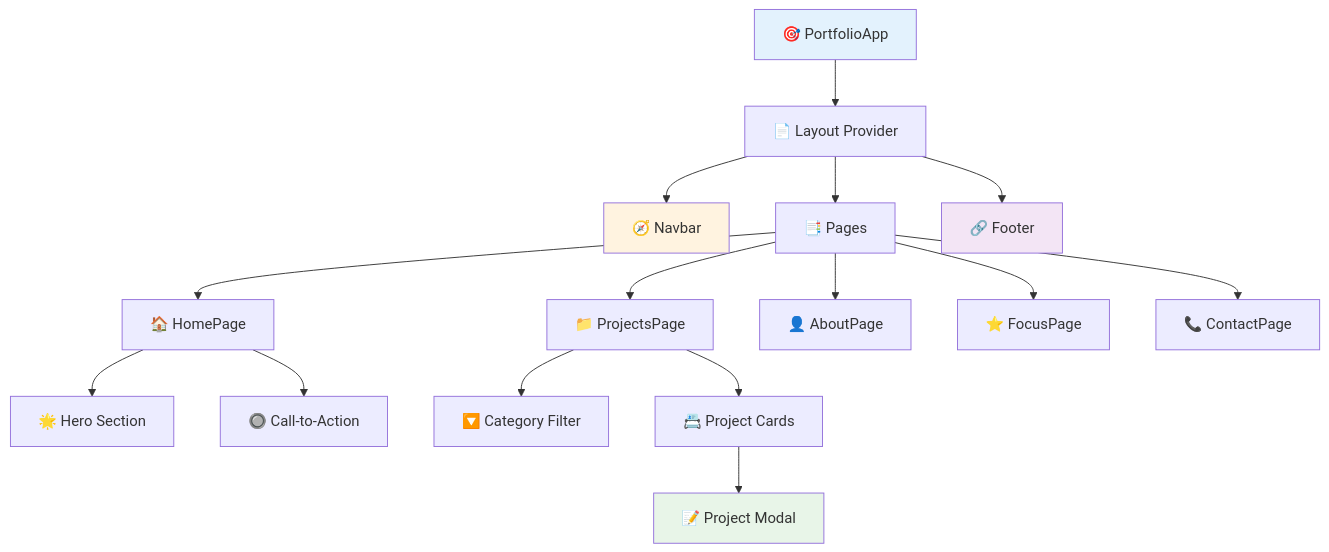
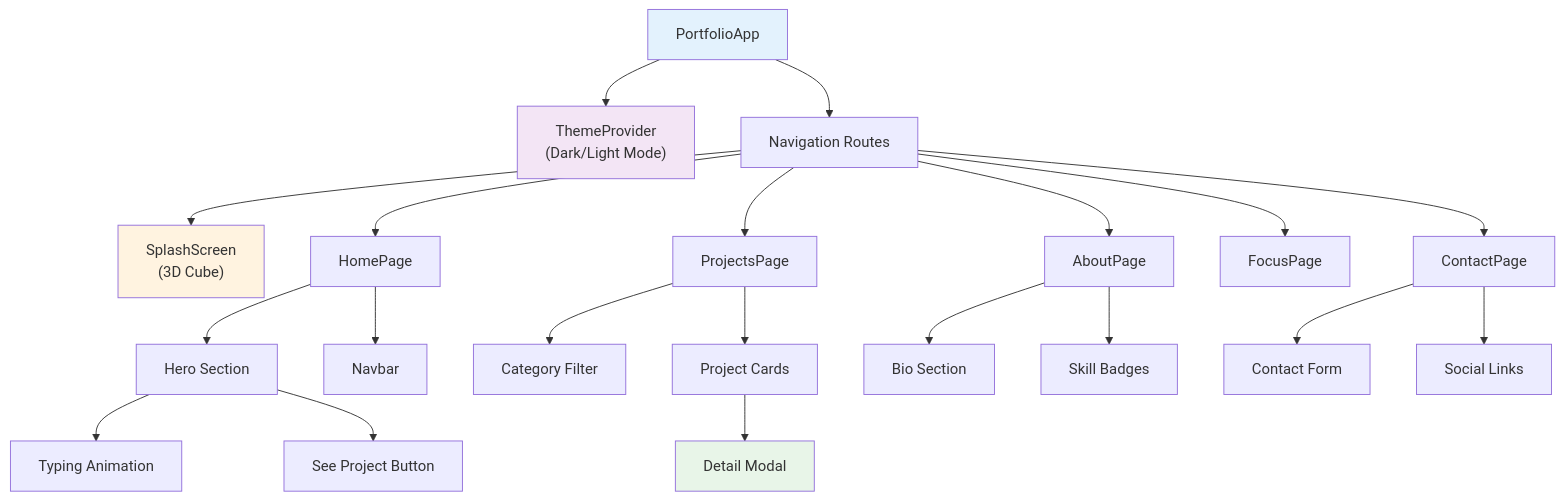
Before and after one commit to ficrammanifur/flutter-interactive-portfolio: the first of 2 diagrams in README.md, drawn with Mermaid. The commit also changed other lines of this file, not shown here.

````diff
--- a/README.md
+++ b/README.md
@@ -247,26 +143,33 @@
 ```mermaid
 graph TD
-    App["🎯 PortfolioApp"]
-    App --> LP["📄 Layout Provider"]
-    LP --> Nav["🧭 Navbar"]
-    LP --> Pages["📑 Pages"]
-    LP --> Footer["🔗 Footer"]
+    App["PortfolioApp"]
+    App --> ThemeProvider["ThemeProvider<br/>(Dark/Light Mode)"]
+    App --> Routes["Navigation Routes"]
     
-    Pages --> Home["🏠 HomePage"]
-    Pages --> Projects["📁 ProjectsPage"]
-    Pages --> About["👤 AboutPage"]
-    Pages --> Focus["⭐ FocusPage"]
-    Pages --> Contact["📞 ContactPage"]
+    Routes --> Splash["SplashScreen<br/>(3D Cube)"]
+    Routes --> Home["HomePage"]
+    Routes --> Projects["ProjectsPage"]
+    Routes --> About["AboutPage"]
+    Routes --> Focus["FocusPage"]
+    Routes --> Contact["ContactPage"]
     
-    Home --> Hero["🌟 Hero Section"]
-    Home --> CTA["🔘 Call-to-Action"]
+    Home --> Hero["Hero Section"]
+    Home --> Navbar["Navbar"]
+    Hero --> TypingAnim["Typing Animation"]
+    Hero --> CTA["See Project Button"]
     
-    Projects --> Filter["🔽 Category Filter"]
-    Projects --> Cards["📇 Project Cards"]
-    Cards --> Modal["📝 Project Modal"]
+    Projects --> Filter["Category Filter"]
+    Projects --> Cards["Project Cards"]
+    Cards --> Modal["Detail Modal"]
+    
+    About --> Bio["Bio Section"]
+    About --> Skills["Skill Badges"]
+    
+    Contact --> Form["Contact Form"]
+    Contact --> Social["Social Links"]
     
     style App fill:#e3f2fd
-    style Nav fill:#fff3e0
-    style Footer fill:#f3e5f5
+    style Splash fill:#fff3e0
     style Modal fill:#e8f5e8
+    style ThemeProvider fill:#f3e5f5
 ```
````
